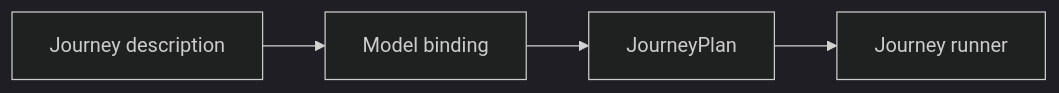
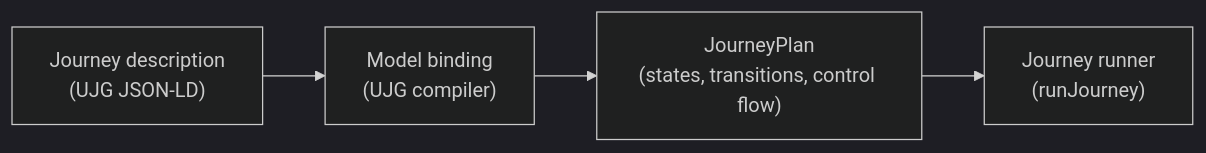
The second of 5 diagrams in README.md (openuji/journey-mesh), drawn with Mermaid (dark theme) before and after one commit. The commit also changed other lines of this file, not shown here.

````diff
--- a/README.md
+++ b/README.md
@@ -40,6 +42,6 @@
 ```mermaid
 flowchart LR
-  description["Journey description"] --> binding["Model binding"]
-  binding --> plan["JourneyPlan"]
-  plan --> runner["Journey runner"]
+  description["Journey description<br/>(UJG JSON-LD)"] --> binding["Model binding<br/>(UJG compiler)"]
+  binding --> plan["JourneyPlan<br/>(states, transitions, control flow)"]
+  plan --> runner["Journey runner<br/>(runJourney)"]
 ```
````
